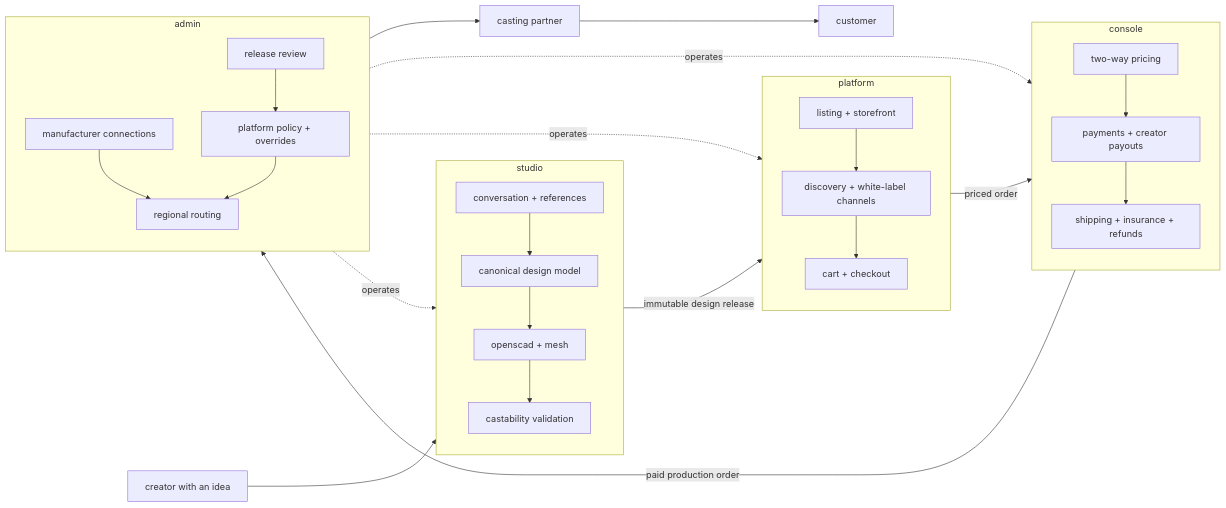
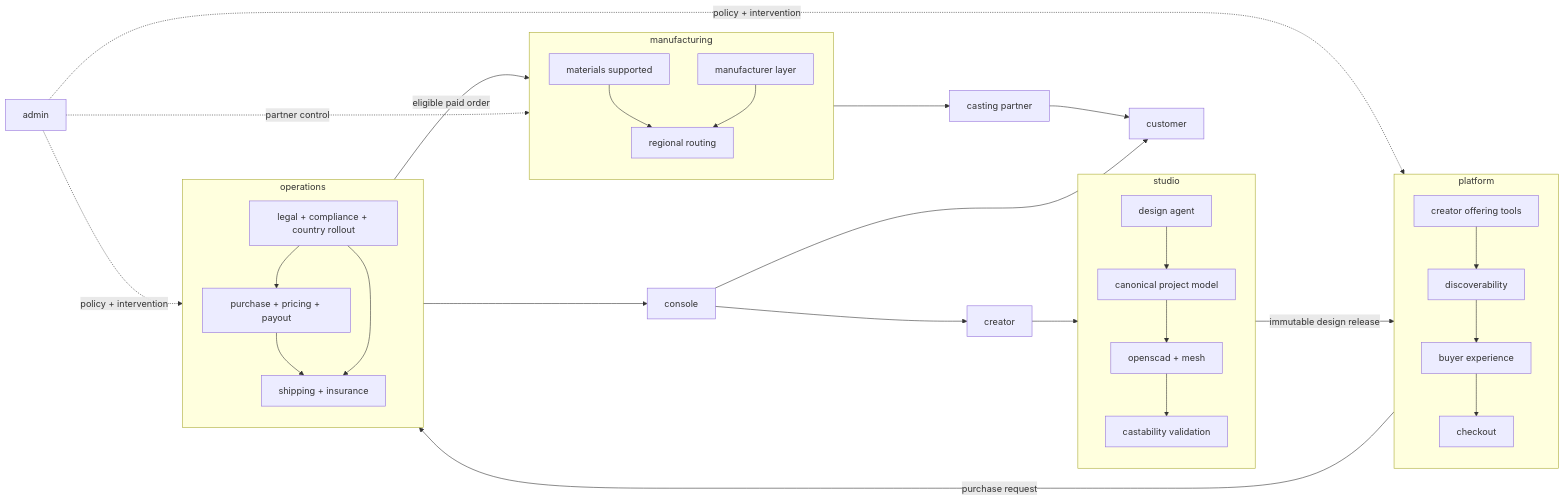
Before and after one commit to tinkrland/kirosculp: the diagram in README.md, drawn with Mermaid. The commit also changed other lines of this file and 72 other files, not shown here.

Commit message:
promote manufacturing and operations to root domains

````diff
--- a/README.md
+++ b/README.md
@@ -19,53 +23,58 @@
 ```mermaid
 flowchart LR
-    creator[creator with an idea] --> studio
+    creator[creator] --> studio
 
     subgraph studio[studio]
       direction TB
-      intent[conversation + references]
-      model[canonical design model]
+      agent[design agent]
+      project[canonical project model]
       geometry[openscad + mesh]
       validation[castability validation]
-      intent --> model --> geometry --> validation
+      agent --> project --> geometry --> validation
     end
 
     validation -->|immutable design release| platform
 
     subgraph platform[platform]
       direction TB
-      listing[listing + storefront]
-      discovery[discovery + white-label channels]
-      checkout[cart + checkout]
-      listing --> discovery --> checkout
+      creators[creator offering tools]
+      discovery[discoverability]
+      buyers[buyer experience]
+      checkout[checkout]
+      creators --> discovery --> buyers --> checkout
     end
 
-    checkout -->|priced order| console
+    checkout -->|purchase request| operations
 
-    subgraph console[console]
+    subgraph operations[operations]
       direction TB
-      pricing[two-way pricing]
-      money[payments + creator payouts]
-      protection[shipping + insurance + refunds]
-      pricing --> money --> protection
+      financial[purchase + pricing + payout]
+      delivery[shipping + insurance]
+      rules[legal + compliance + country rollout]
+      financial --> delivery
+      rules --> financial
+      rules --> delivery
     end
 
-    console -->|paid production order| routing
+    operations -->|eligible paid order| manufacturing
 
-    subgraph admin[admin]
+    subgraph manufacturing[manufacturing]
       direction TB
-      review[release review]
-      partners[manufacturer connections]
-      routing[regional routing]
-      policy[platform policy + overrides]
-      review --> policy
-      partners --> routing
-      policy --> routing
+      materials[materials supported]
+      partner[manufacturer layer]
+      route[regional routing]
+      materials --> route
+      partner --> route
     end
 
-    routing --> manufacturer[casting partner]
-    manufacturer --> customer[customer]
+    route --> maker[casting partner]
+    maker --> customer[customer]
 
-    admin -. operates .-> studio
-    admin -. operates .-> platform
-    admin -. operates .-> console
+    operations --> console[console]
+    console --> creator
+    console --> customer
+
+    admin[admin] -. policy + intervention .-> platform
+    admin -. policy + intervention .-> operations
+    admin -. partner control .-> manufacturing
 ```
````
